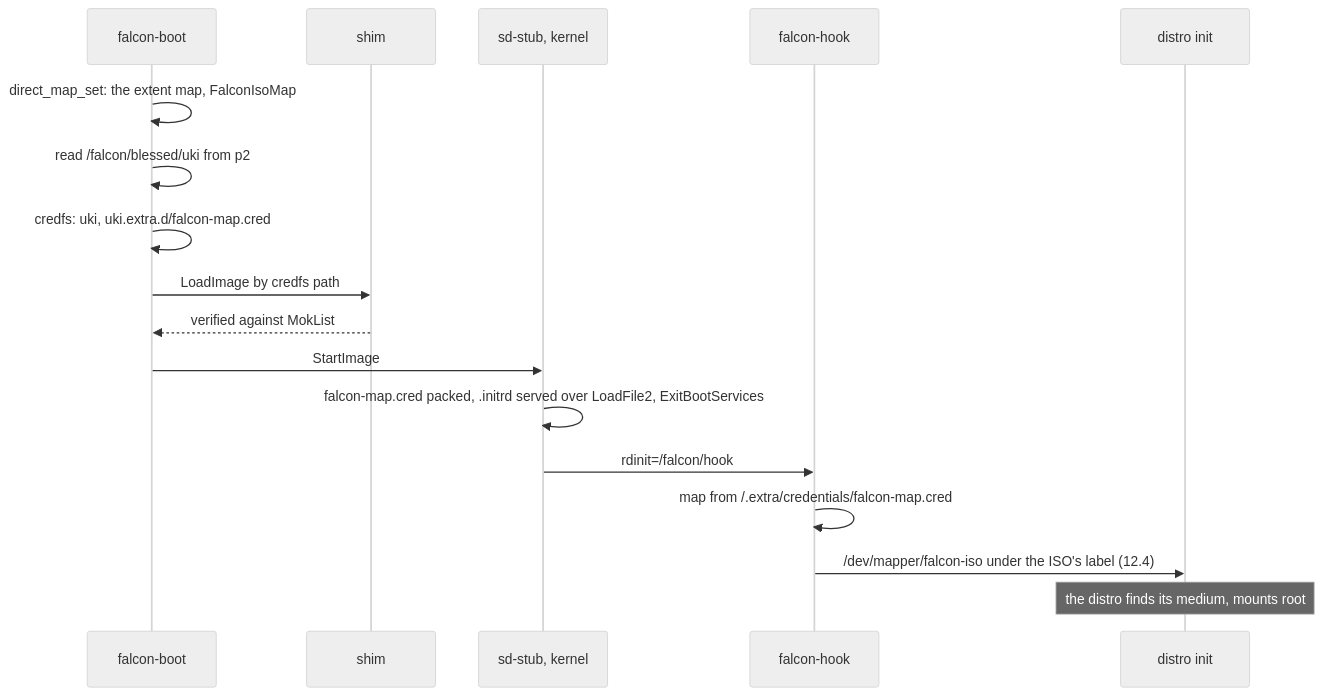
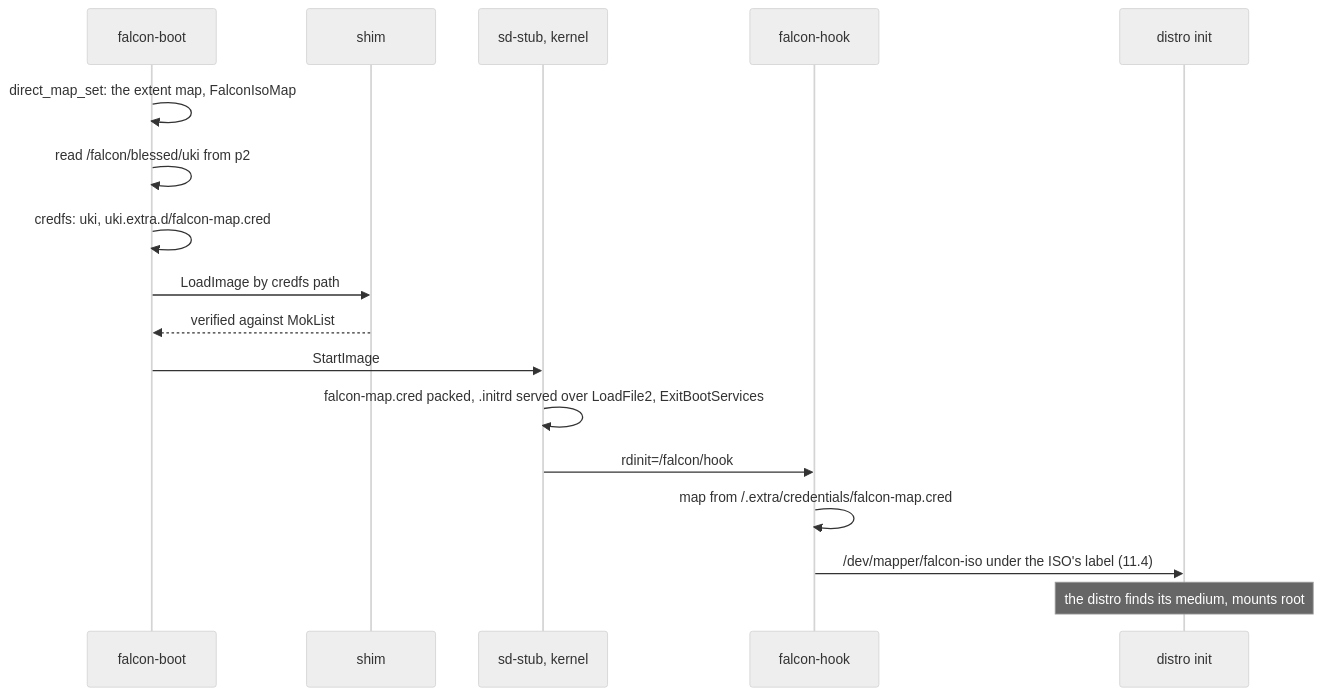
Before and after one commit to vifair22/falcon-boot: the fifth of 24 diagrams in docs/DESIGN.md, drawn with Mermaid (neutral theme). The commit also changed other lines of this file and 157 other files, not shown here.

````diff
--- a/docs/DESIGN.md
+++ b/docs/DESIGN.md
@@ -3458,19 +2402,19 @@
 ```mermaid
 sequenceDiagram
     participant L as falcon-boot
     participant S as shim
     participant K as sd-stub, kernel
     participant H as falcon-hook
     participant D as distro init
     L->>L: direct_map_set: the extent map, FalconIsoMap
     L->>L: read /falcon/blessed/uki from p2
     L->>L: credfs: uki, uki.extra.d/falcon-map.cred
     L->>S: LoadImage by credfs path
     S-->>L: verified against MokList
     L->>K: StartImage
     K->>K: falcon-map.cred packed, .initrd served over LoadFile2, ExitBootServices
     K->>H: rdinit=/falcon/hook
     H->>H: map from /.extra/credentials/falcon-map.cred
-    H->>D: /dev/mapper/falcon-iso under the ISO's label (12.4)
+    H->>D: /dev/mapper/falcon-iso under the ISO's label (11.4)
     Note over D: the distro finds its medium, mounts root
 ```
````
